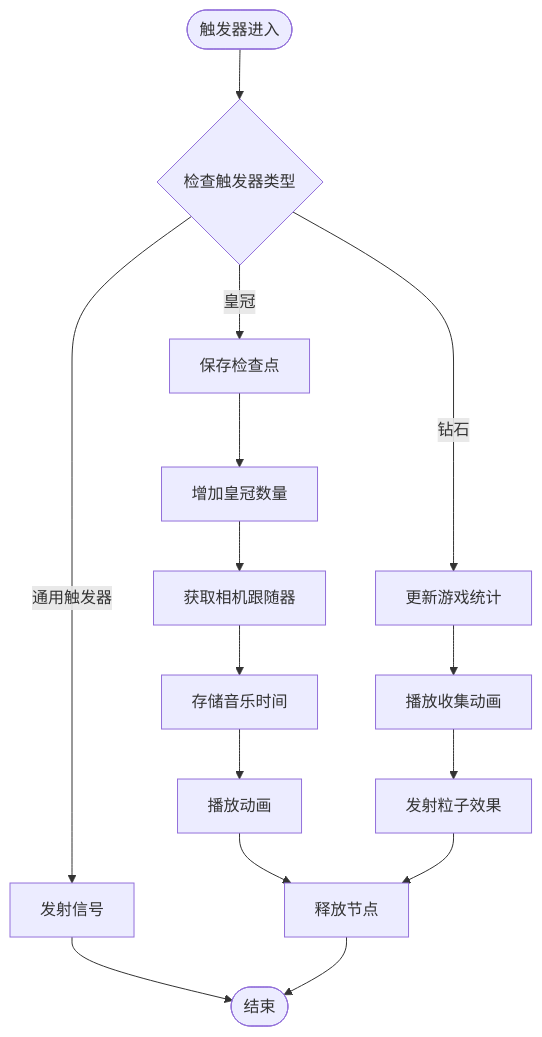
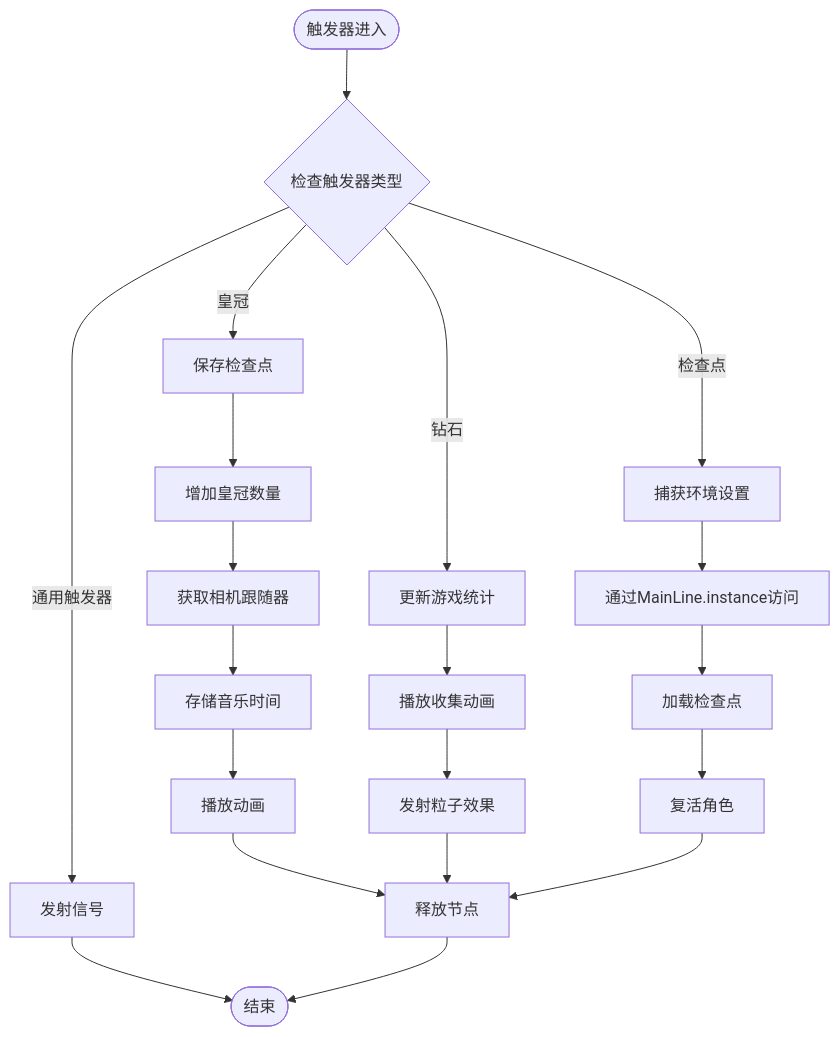
Before and after one commit to godotline/godot-line: the seventh of 13 diagrams in .qoder/repowiki/zh/content/Mainline Script.md, drawn with Mermaid. The commit also changed other lines of this file and 28 other files, not shown here.

````diff
--- a/.qoder/repowiki/zh/content/Mainline Script.md
+++ b/.qoder/repowiki/zh/content/Mainline Script.md
@@ -287,17 +332,22 @@
 ```mermaid
 flowchart TD
 Enter([触发器进入]) --> CheckType{"检查触发器类型"}
 CheckType --> |皇冠| SaveCheckpoint["保存检查点"]
 CheckType --> |钻石| UpdateStats["更新游戏统计"]
 CheckType --> |通用触发器| EmitSignal["发射信号"]
+CheckType --> |检查点| CaptureSettings["捕获环境设置"]
 SaveCheckpoint --> UpdateCrown["增加皇冠数量"]
 UpdateCrown --> GetCamera["获取相机跟随器"]
 GetCamera --> StoreTime["存储音乐时间"]
 StoreTime --> PlayAnim["播放动画"]
 PlayAnim --> FreeNode["释放节点"]
 UpdateStats --> PlayCollectAnim["播放收集动画"]
 PlayCollectAnim --> EmitParticles["发射粒子效果"]
 EmitParticles --> FreeNode
+CaptureSettings --> MainLineAccess["通过MainLine.instance访问"]
+MainLineAccess --> LoadCheckpoint["加载检查点"]
+LoadCheckpoint --> Revive["复活角色"]
+Revive --> FreeNode
 EmitSignal --> End([结束])
 FreeNode --> End
 ```
````
